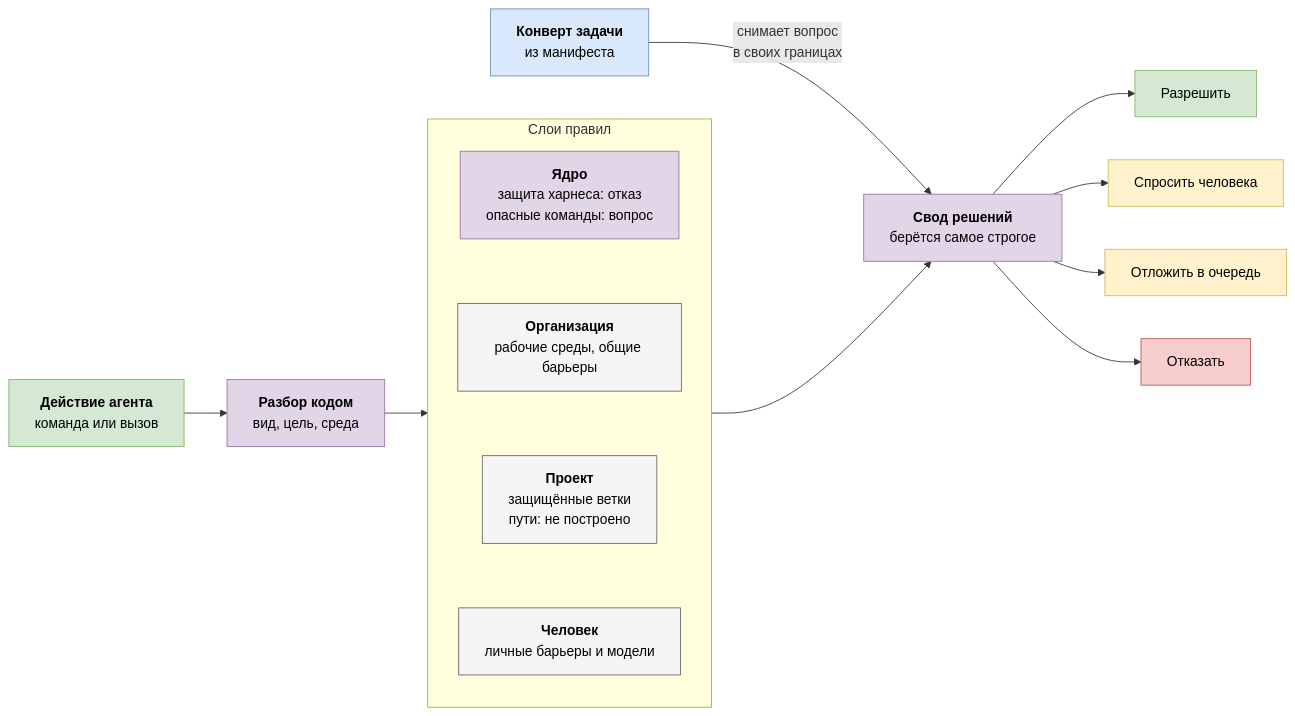
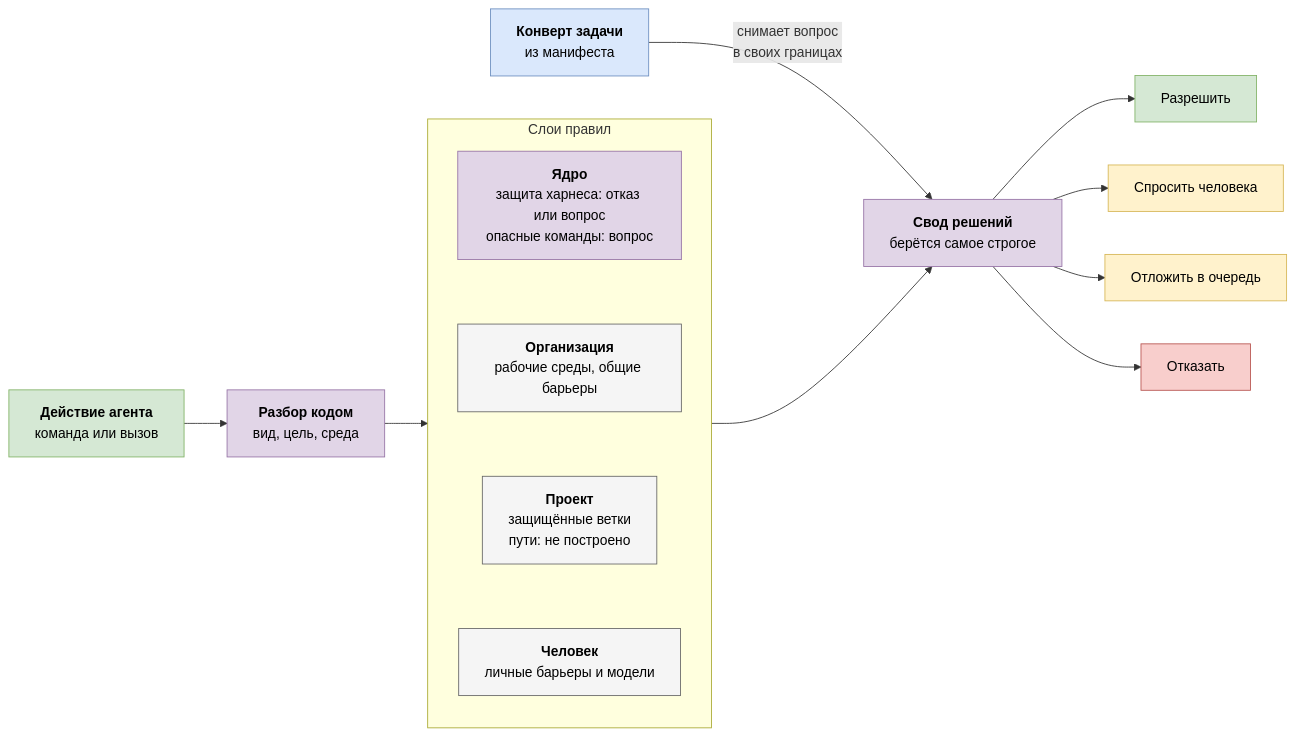
One commit to roygkov/reins changed the sixth of 28 diagrams in docs/spec/harness-spec.md. Above: the diagram before and after it, drawn with Mermaid. The commit also changed other lines of this file and 6 other files, not shown here.

````diff
--- a/docs/spec/harness-spec.md
+++ b/docs/spec/harness-spec.md
@@ -328,35 +328,35 @@
 ```mermaid
 flowchart LR
   classDef core fill:#e1d5e7,stroke:#9673a6,color:#000
   classDef contract fill:#dae8fc,stroke:#6c8ebf,color:#000
   classDef ext fill:#f5f5f5,stroke:#666666,color:#000
   classDef ok fill:#d5e8d4,stroke:#82b366,color:#000
   classDef part fill:#fff2cc,stroke:#d6b656,color:#000
   classDef stop fill:#f8cecc,stroke:#b85450,color:#000
 
   a["<b>Действие агента</b><br/>команда или вызов"]:::ok
   b["<b>Разбор кодом</b><br/>вид, цель, среда"]:::core
 
   subgraph layers["Слои правил"]
     direction TB
-    l1["<b>Ядро</b><br/>защита харнеса: отказ<br/>опасные команды: вопрос"]:::core
+    l1["<b>Ядро</b><br/>защита харнеса: отказ или вопрос<br/>опасные команды: вопрос"]:::core
     l2["<b>Организация</b><br/>рабочие среды, общие барьеры"]:::ext
     l3["<b>Проект</b><br/>защищённые ветки<br/>пути: не построено"]:::ext
     l4["<b>Человек</b><br/>личные барьеры и модели"]:::ext
     l1 ~~~ l2 ~~~ l3 ~~~ l4
   end
 
   e["<b>Свод решений</b><br/>берётся самое строгое"]:::core
   env["<b>Конверт задачи</b><br/>из манифеста"]:::contract
   o1["Разрешить"]:::ok
   o2["Спросить человека"]:::part
   o3["Отложить в очередь"]:::part
   o4["Отказать"]:::stop
 
   a --> b --> layers --> e
   env -->|"снимает вопрос<br/>в своих границах"| e
   e --> o1
   e --> o2
   e --> o3
   e --> o4
 ```
````
